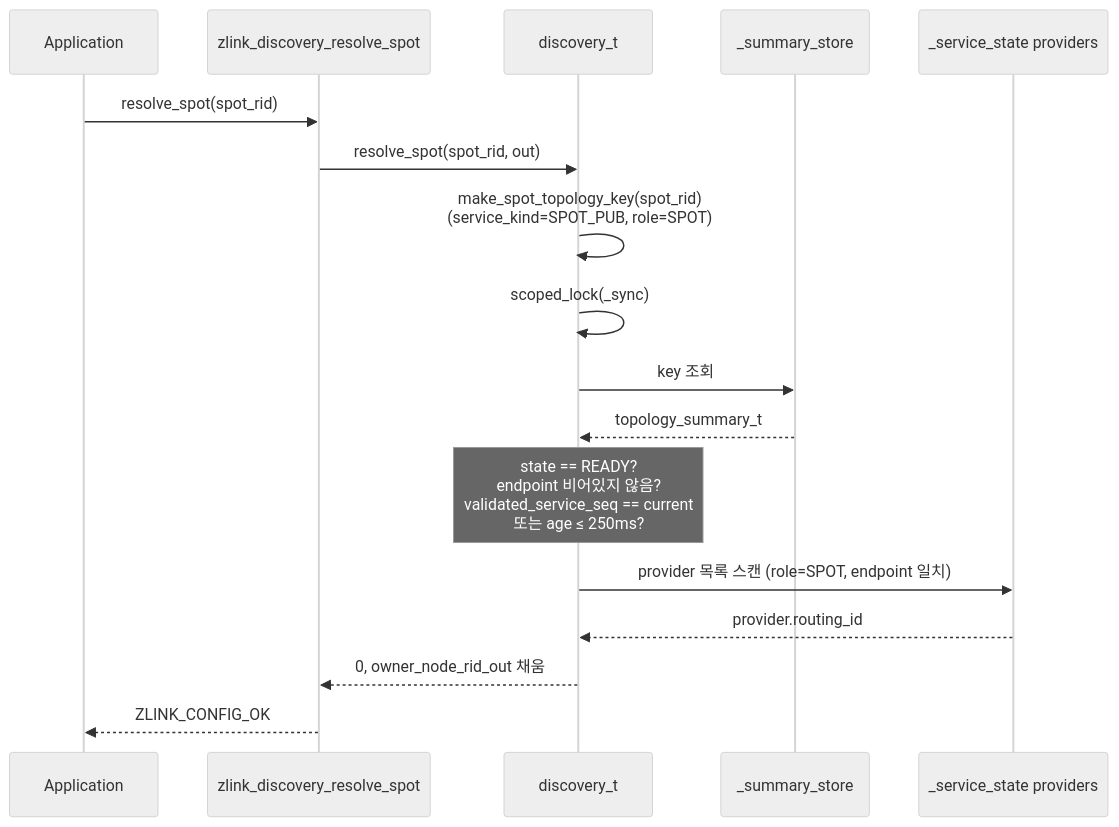
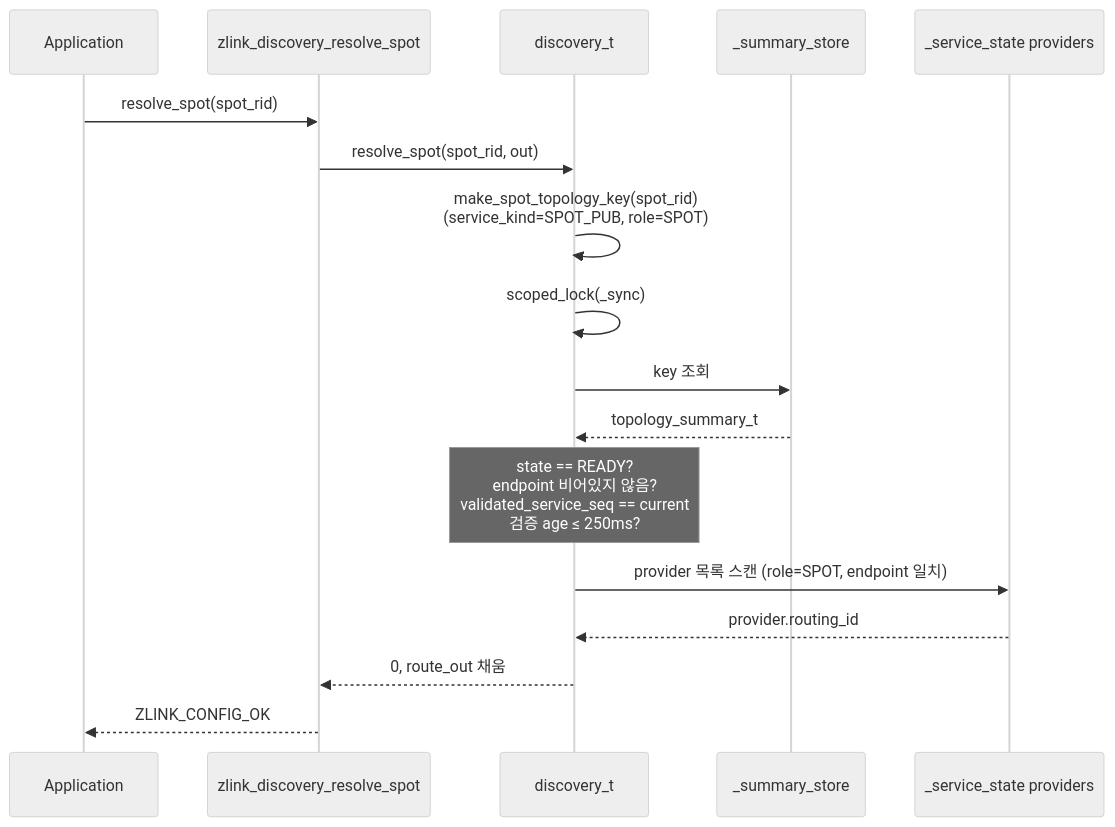
Before and after one commit to kairos-code-dev/zlink: the ninth of 11 diagrams in doc/internals/discovery-internals.ko.md, drawn with Mermaid (neutral theme). The commit also changed other lines of this file and 194 other files, not shown here.

````diff
--- a/doc/internals/discovery-internals.ko.md
+++ b/doc/internals/discovery-internals.ko.md
@@ -359,20 +359,20 @@
 ```mermaid
 sequenceDiagram
     participant App as Application
     participant API as zlink_discovery_resolve_spot
     participant Disc as discovery_t
     participant Store as _summary_store
     participant Prov as _service_state providers
 
     App->>API: resolve_spot(spot_rid)
     API->>Disc: resolve_spot(spot_rid, out)
     Disc->>Disc: make_spot_topology_key(spot_rid)<br/>(service_kind=SPOT_PUB, role=SPOT)
     Disc->>Disc: scoped_lock(_sync)
     Disc->>Store: key 조회
     Store-->>Disc: topology_summary_t
-    Note over Disc: state == READY?<br/>endpoint 비어있지 않음?<br/>validated_service_seq == current<br/>또는 age ≤ 250ms?
+    Note over Disc: state == READY?<br/>endpoint 비어있지 않음?<br/>validated_service_seq == current<br/>검증 age ≤ 250ms?
     Disc->>Prov: provider 목록 스캔 (role=SPOT, endpoint 일치)
     Prov-->>Disc: provider.routing_id
-    Disc-->>API: 0, owner_node_rid_out 채움
+    Disc-->>API: 0, route_out 채움
     API-->>App: ZLINK_CONFIG_OK
 ```
````
